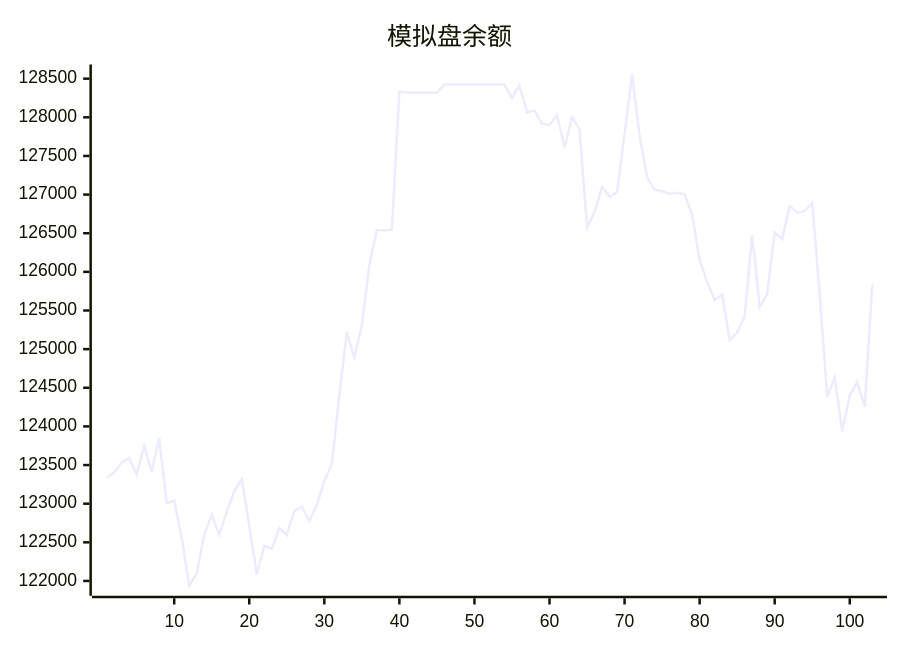
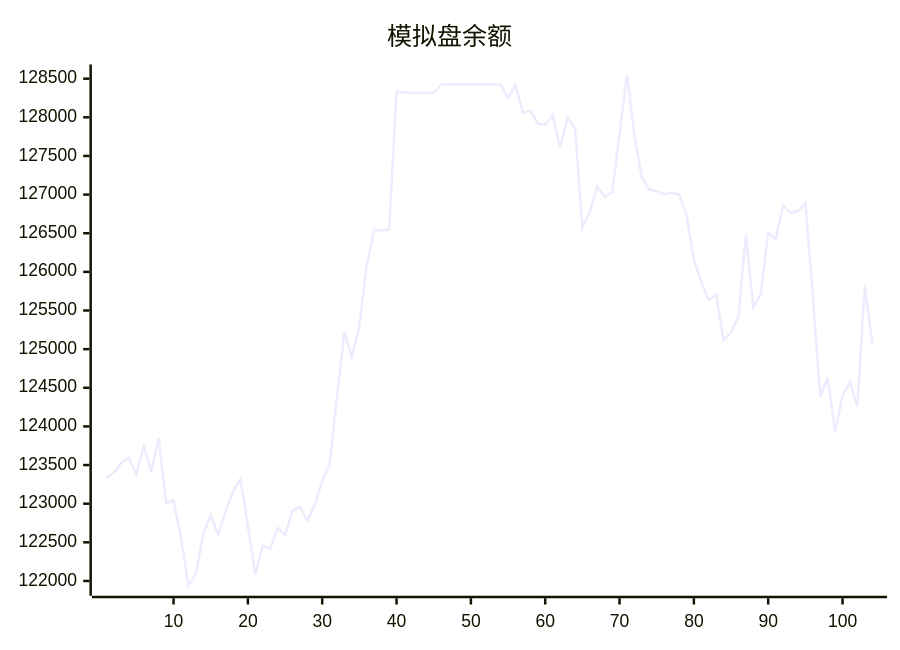
The diagram in README.md (aahl/ai-trading), drawn with Mermaid before and after one commit. The commit also changed other lines of this file and 1 other file, not shown here.

````diff
--- a/README.md
+++ b/README.md
@@ -5,5 +5,5 @@
 ```mermaid
 xychart
     title "模拟盘余额"
-    line [123338,123402,123530,123592,123378,123745,123413,123853,123009,123040,122557,121938,122095,122599,122856,122597,122898,123160,123319,122719,122087,122454,122416,122685,122592,122907,122961,122776,122981,123295,123507,124403,125224,124894,125303,126088,126544,126534,126549,128335,128318,128318,128318,128318,128318,128424,128424,128424,128424,128424,128424,128424,128424,128424,128247,128412,128062,128087,127917,127901,128026,127611,128000,127850,126572,126770,127100,126971,127029,127783,128554,127765,127224,127064,127044,127009,127025,127004,126738,126152,125871,125635,125707,125117,125217,125420,126480,125545,125715,126511,126424,126856,126764,126788,126890,125710,124381,124632,123936,124402,124574,124256,125833]
+    line [123338,123402,123530,123592,123378,123745,123413,123853,123009,123040,122557,121938,122095,122599,122856,122597,122898,123160,123319,122719,122087,122454,122416,122685,122592,122907,122961,122776,122981,123295,123507,124403,125224,124894,125303,126088,126544,126534,126549,128335,128318,128318,128318,128318,128318,128424,128424,128424,128424,128424,128424,128424,128424,128424,128247,128412,128062,128087,127917,127901,128026,127611,128000,127850,126572,126770,127100,126971,127029,127783,128554,127765,127224,127064,127044,127009,127025,127004,126738,126152,125871,125635,125707,125117,125217,125420,126480,125545,125715,126511,126424,126856,126764,126788,126890,125710,124381,124632,123936,124402,124574,124256,125833,125070]
 ```
````
